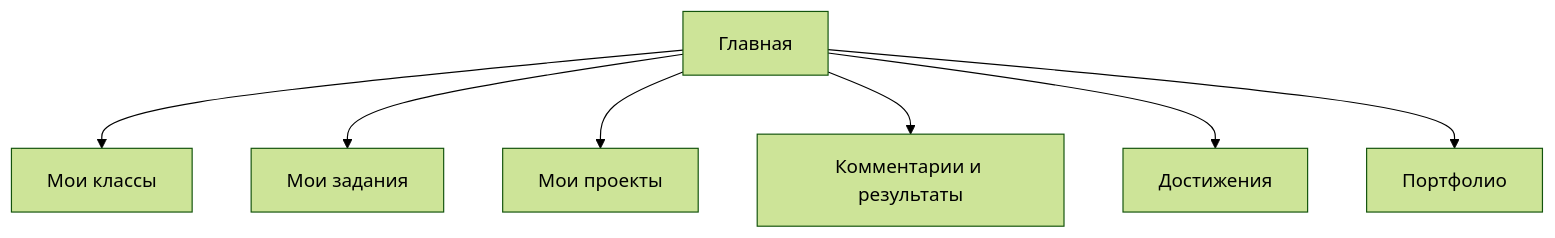
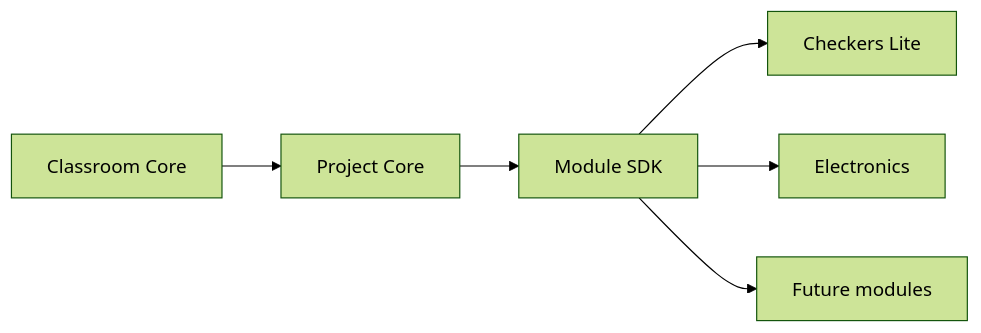
One commit to spikeal8-maker/asa-lab changed diagram 13 of 13 in docs/product/CAPABILITY_MAP.md. Above: the diagram before and after it, drawn with Mermaid (forest theme). The commit also changed other lines of this file, not shown here.

````diff
--- a/docs/product/CAPABILITY_MAP.md
+++ b/docs/product/CAPABILITY_MAP.md
@@ -257,17 +342,15 @@
 ```mermaid
-flowchart TB
-    SHOME[Главная]
-    SCLASSES[Мои классы]
-    STASKS[Мои задания]
-    SPROJECTS[Мои проекты]
-    SFEEDBACK[Комментарии и результаты]
-    SBADGES[Достижения]
-    SPORTFOLIO[Портфолио]
+flowchart LR
+    CLASS[Classroom Core]
+    PROJECT[Project Core]
+    SDK[Module SDK]
+    CHECKERS[Checkers Lite]
+    ELEC[Electronics]
+    FUTURE[Future modules]
 
-    SHOME --> SCLASSES
-    SHOME --> STASKS
-    SHOME --> SPROJECTS
-    SHOME --> SFEEDBACK
-    SHOME --> SBADGES
-    SHOME --> SPORTFOLIO
+    CLASS --> PROJECT
+    PROJECT --> SDK
+    SDK --> CHECKERS
+    SDK --> ELEC
+    SDK --> FUTURE
 ```
````
